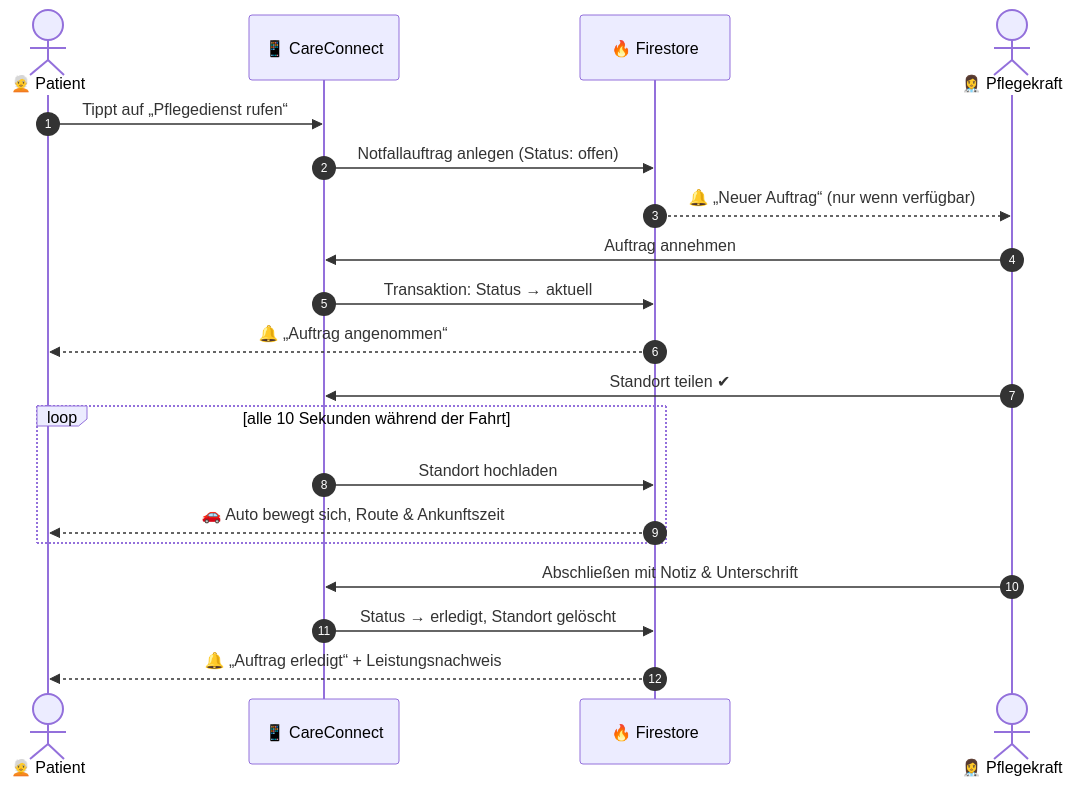
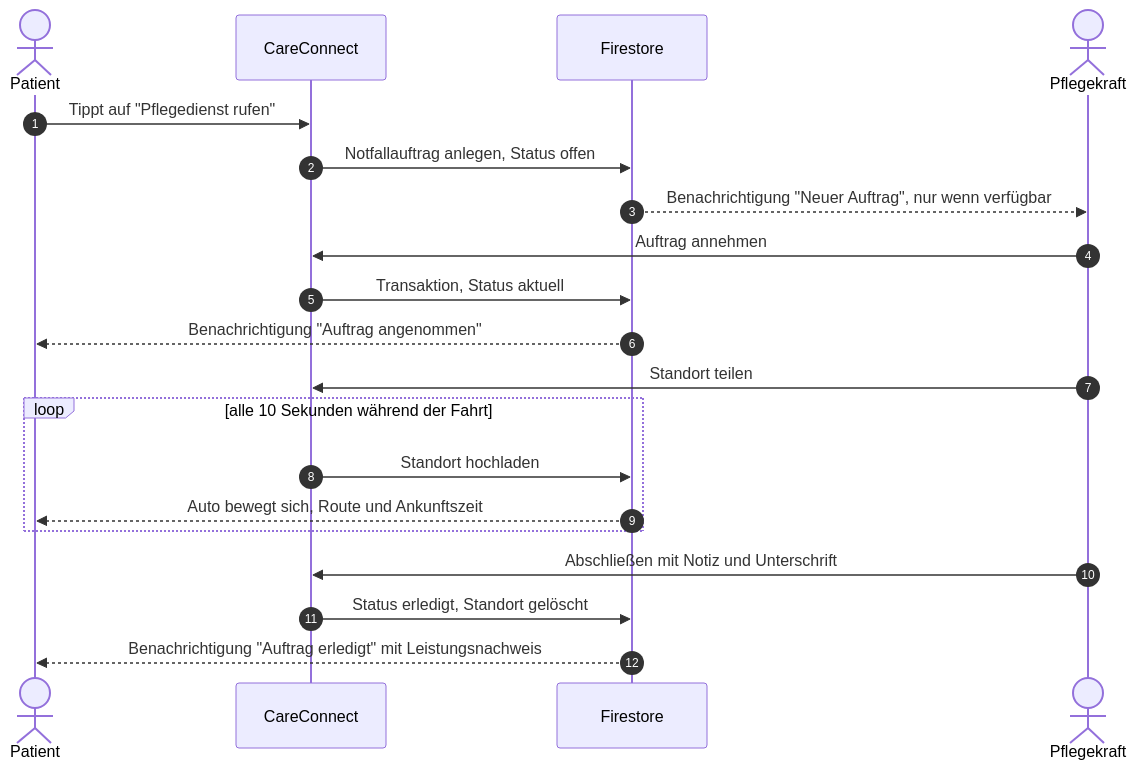
The first of 3 diagrams in README.md (Ali-C313/CareConnect_KMP), drawn with Mermaid before and after one commit. The commit also changed other lines of this file, not shown here.

Commit message:
README-Diagramme und Tabellen für Android Studio korrigiert

````diff
--- a/README.md
+++ b/README.md
@@ -149,23 +101,23 @@
 ```mermaid
 sequenceDiagram
     autonumber
-    actor P as 🧑‍🦳 Patient
-    participant A as 📱 CareConnect
-    participant F as 🔥 Firestore
-    actor M as 👩‍⚕️ Pflegekraft
+    actor P as Patient
+    participant A as CareConnect
+    participant F as Firestore
+    actor M as Pflegekraft
 
-    P->>A: Tippt auf „Pflegedienst rufen“
-    A->>F: Notfallauftrag anlegen (Status: offen)
-    F-->>M: 🔔 „Neuer Auftrag“ (nur wenn verfügbar)
+    P->>A: Tippt auf "Pflegedienst rufen"
+    A->>F: Notfallauftrag anlegen, Status offen
+    F-->>M: Benachrichtigung "Neuer Auftrag", nur wenn verfügbar
     M->>A: Auftrag annehmen
-    A->>F: Transaktion: Status → aktuell
-    F-->>P: 🔔 „Auftrag angenommen“
-    M->>A: Standort teilen ✔
+    A->>F: Transaktion, Status aktuell
+    F-->>P: Benachrichtigung "Auftrag angenommen"
+    M->>A: Standort teilen
     loop alle 10 Sekunden während der Fahrt
         A->>F: Standort hochladen
-        F-->>P: 🚗 Auto bewegt sich, Route & Ankunftszeit
+        F-->>P: Auto bewegt sich, Route und Ankunftszeit
     end
-    M->>A: Abschließen mit Notiz & Unterschrift
-    A->>F: Status → erledigt, Standort gelöscht
-    F-->>P: 🔔 „Auftrag erledigt“ + Leistungsnachweis
+    M->>A: Abschließen mit Notiz und Unterschrift
+    A->>F: Status erledigt, Standort gelöscht
+    F-->>P: Benachrichtigung "Auftrag erledigt" mit Leistungsnachweis
 ```
````
